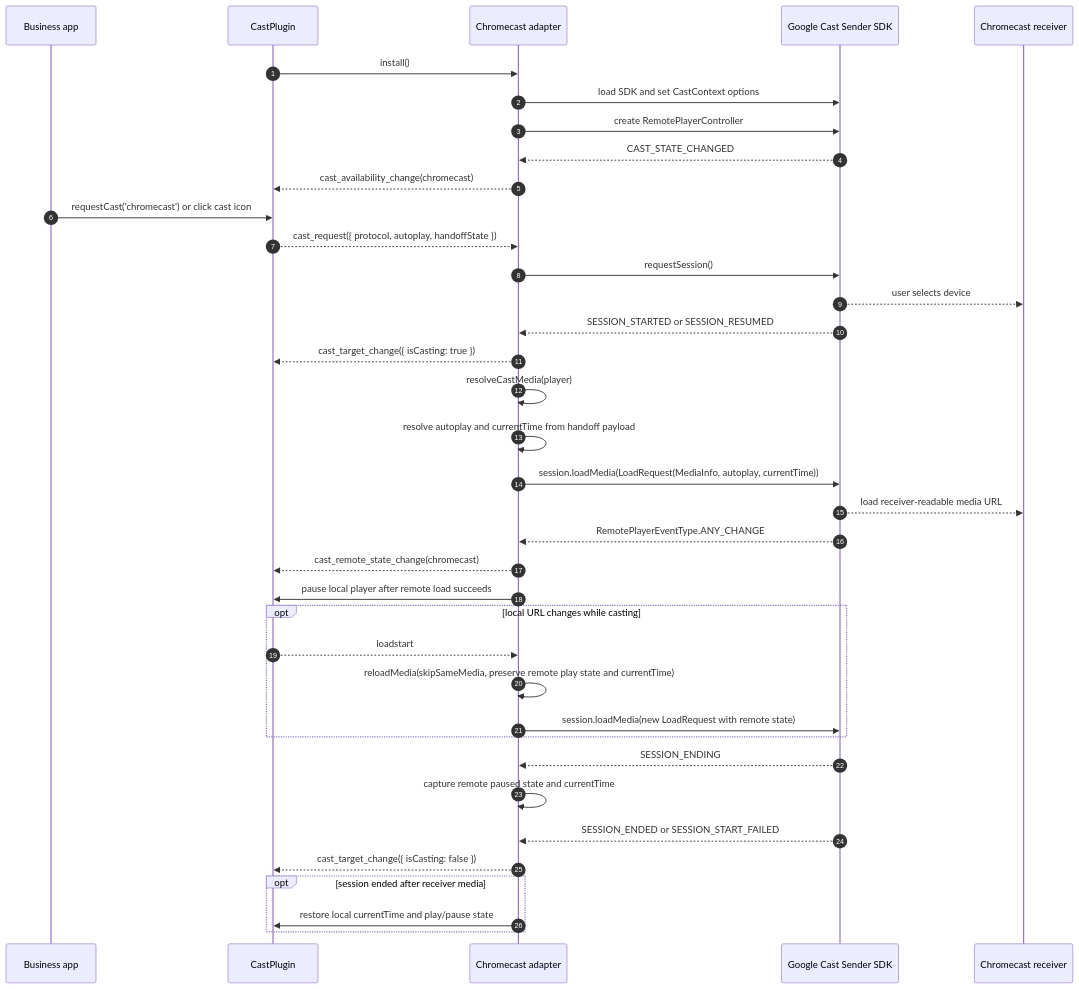
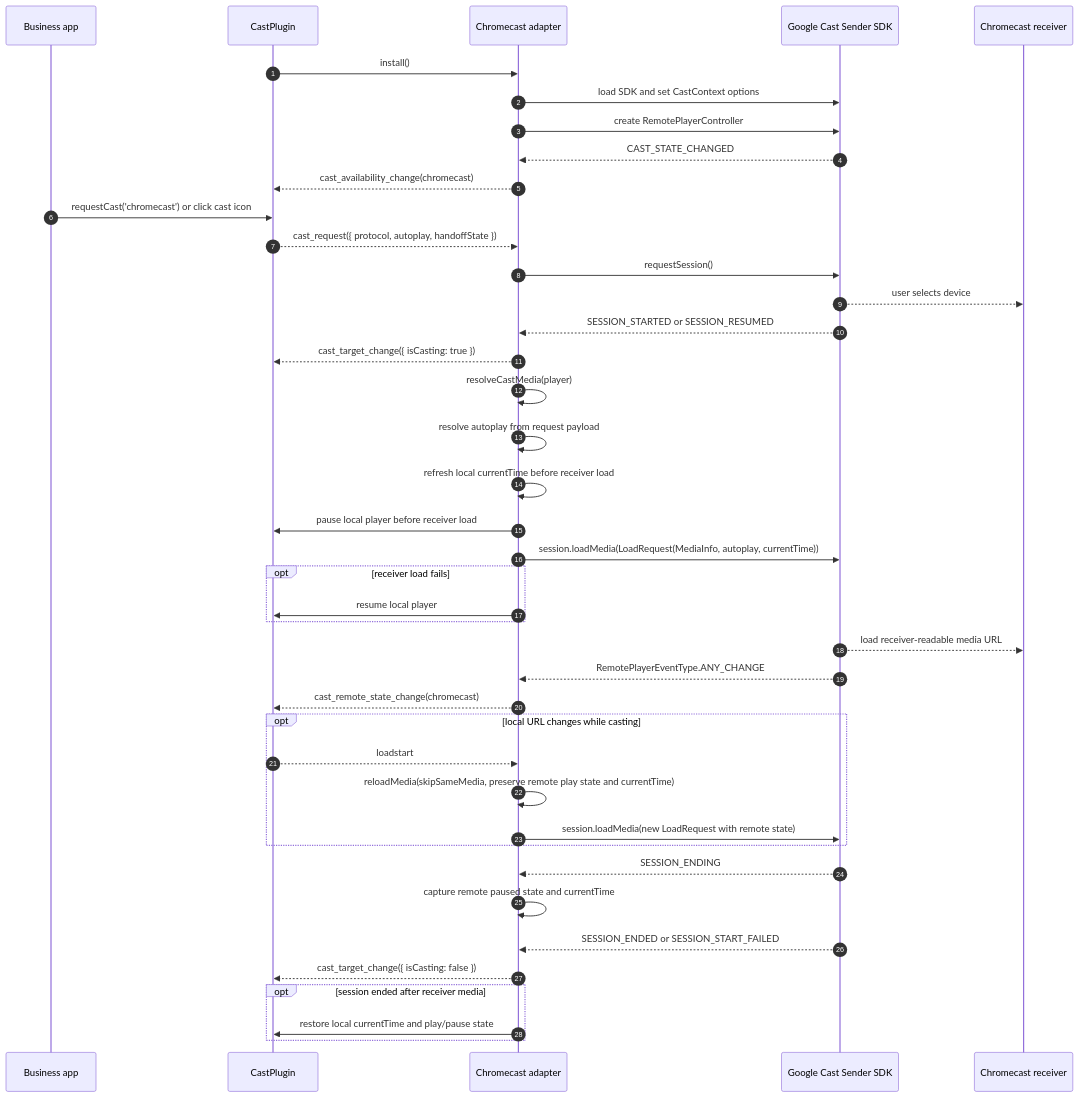
The first of 2 diagrams in packages/xgplayer-cast/README.md (bytedance/xgplayer), drawn with Mermaid before and after one commit. The commit also changed other lines of this file and 5 other files, not shown here.

Commit message:
fix(cast): tighten receiver handoff timing

````diff
--- a/packages/xgplayer-cast/README.md
+++ b/packages/xgplayer-cast/README.md
@@ -89,43 +89,47 @@
 ```mermaid
 sequenceDiagram
   autonumber
   participant App as Business app
   participant Plugin as CastPlugin
   participant Chromecast as Chromecast adapter
   participant CAF as Google Cast Sender SDK
   participant Receiver as Chromecast receiver
 
   Plugin->>Chromecast: install()
   Chromecast->>CAF: load SDK and set CastContext options
   Chromecast->>CAF: create RemotePlayerController
   CAF-->>Chromecast: CAST_STATE_CHANGED
   Chromecast-->>Plugin: cast_availability_change(chromecast)
 
   App->>Plugin: requestCast('chromecast') or click cast icon
   Plugin-->>Chromecast: cast_request({ protocol, autoplay, handoffState })
   Chromecast->>CAF: requestSession()
   CAF-->>Receiver: user selects device
   CAF-->>Chromecast: SESSION_STARTED or SESSION_RESUMED
   Chromecast-->>Plugin: cast_target_change({ isCasting: true })
   Chromecast->>Chromecast: resolveCastMedia(player)
-  Chromecast->>Chromecast: resolve autoplay and currentTime from handoff payload
+  Chromecast->>Chromecast: resolve autoplay from request payload
+  Chromecast->>Chromecast: refresh local currentTime before receiver load
+  Chromecast->>Plugin: pause local player before receiver load
   Chromecast->>CAF: session.loadMedia(LoadRequest(MediaInfo, autoplay, currentTime))
+  opt receiver load fails
+    Chromecast->>Plugin: resume local player
+  end
   CAF-->>Receiver: load receiver-readable media URL
   CAF-->>Chromecast: RemotePlayerEventType.ANY_CHANGE
   Chromecast-->>Plugin: cast_remote_state_change(chromecast)
-  Chromecast->>Plugin: pause local player after remote load succeeds
 
   opt local URL changes while casting
     Plugin-->>Chromecast: loadstart
     Chromecast->>Chromecast: reloadMedia(skipSameMedia, preserve remote play state and currentTime)
     Chromecast->>CAF: session.loadMedia(new LoadRequest with remote state)
   end
 
   CAF-->>Chromecast: SESSION_ENDING
   Chromecast->>Chromecast: capture remote paused state and currentTime
   CAF-->>Chromecast: SESSION_ENDED or SESSION_START_FAILED
   Chromecast-->>Plugin: cast_target_change({ isCasting: false })
   opt session ended after receiver media
     Chromecast->>Plugin: restore local currentTime and play/pause state
   end
 ```
````
